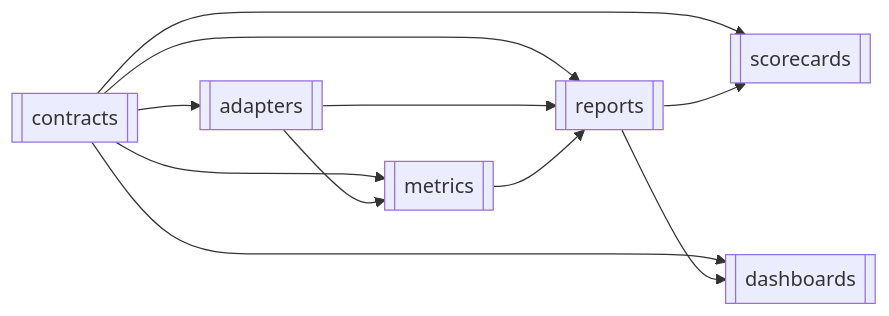
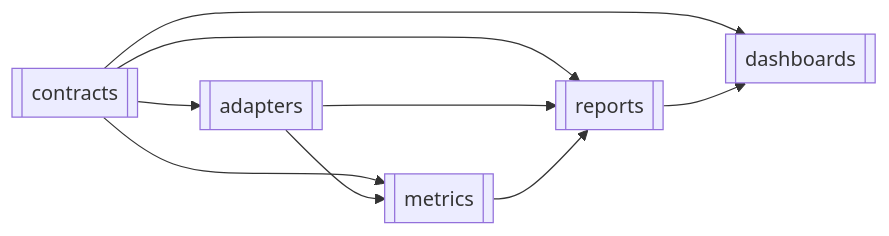
The second of 3 diagrams in app/services/analytics/README.md (haruperi/HaruQuantAI), drawn with Mermaid before and after one commit. The commit also changed other lines of this file and 434 other files, not shown here.

````diff
--- a/app/services/analytics/README.md
+++ b/app/services/analytics/README.md
@@ -243,20 +245,17 @@
 ```mermaid
 flowchart LR
     CON[[contracts]]
     ADP[[adapters]]
     MET[[metrics]]
     REP[[reports]]
-    SCO[[scorecards]]
     DAS[[dashboards]]
 
     CON --> ADP
     CON --> MET
     ADP --> MET
     CON --> REP
     ADP --> REP
     MET --> REP
-    CON --> SCO
-    REP --> SCO
     CON --> DAS
     REP --> DAS
 ```
````
